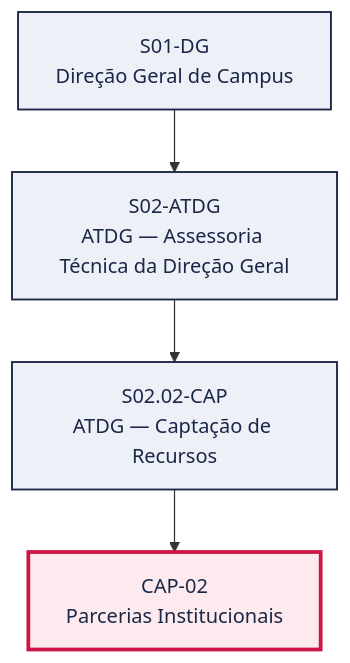
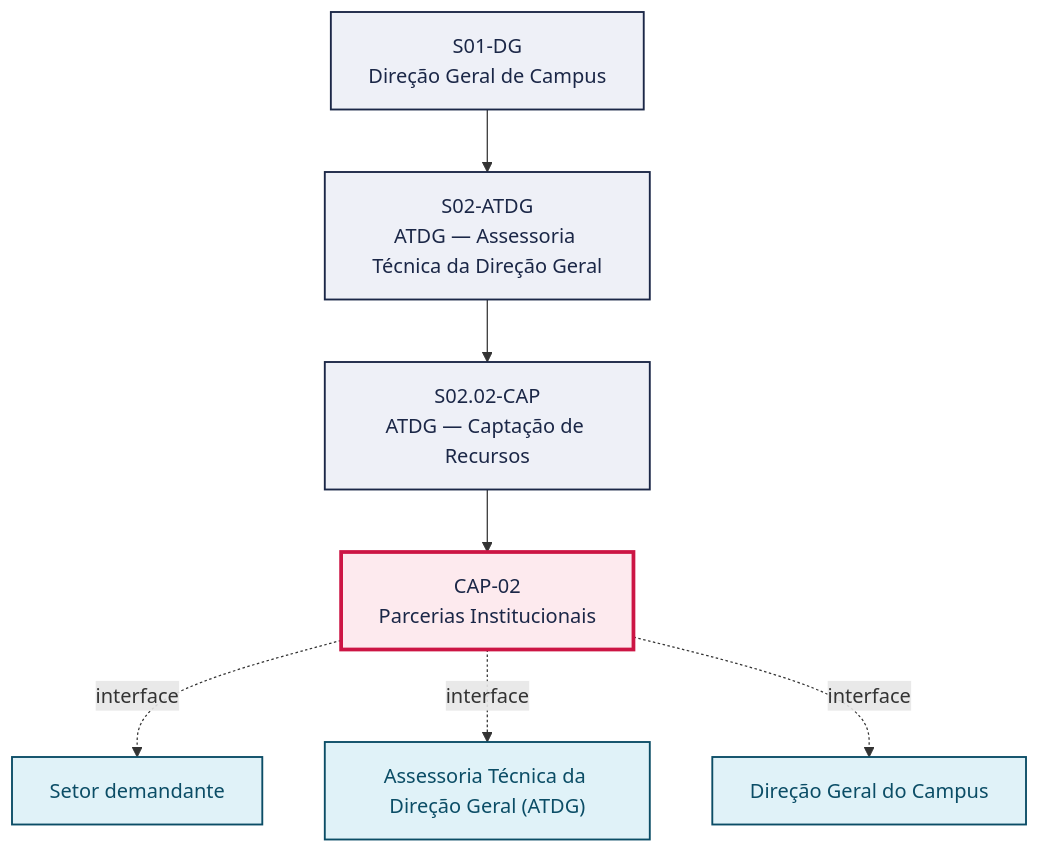
One commit to jessefers/canvas-vivo-atdg changed the first of 2 diagrams in pops/CAP/CAP-02.md. Above: the diagram before and after it, drawn with Mermaid. The commit also changed other lines of this file and 61 other files, not shown here.

````diff
--- a/pops/CAP/CAP-02.md
+++ b/pops/CAP/CAP-02.md
@@ -49,15 +51,22 @@
 ```mermaid
 graph TD
   S01_DG["S01-DG<br/>Direção Geral de Campus"]
   S02_ATDG["S02-ATDG<br/>ATDG — Assessoria Técnica da Direção Geral"]
   S01_DG --> S02_ATDG
   S02_02_CAP["S02.02-CAP<br/>ATDG — Captação de Recursos"]
   S02_ATDG --> S02_02_CAP
   P["CAP-02<br/>Parcerias Institucionais"]
   S02_02_CAP --> P
+  V1["Setor demandante"]
+  P -. interface .-> V1
+  V2["Assessoria Técnica da Direção Geral (ATDG)"]
+  P -. interface .-> V2
+  V3["Direção Geral do Campus"]
+  P -. interface .-> V3
   classDef setor fill:#EEF0F7,stroke:#1B2747,stroke-width:1.5px,color:#1B2747
   classDef destaque fill:#FDEAEE,stroke:#CC1544,stroke-width:3px,color:#1B2747
   classDef vizinho fill:#E0F2F8,stroke:#0B4D66,stroke-width:1.5px,color:#0B4D66
   class S01_DG,S02_ATDG,S02_02_CAP setor
   class P destaque
+  class V1,V2,V3 vizinho
 ```
````
